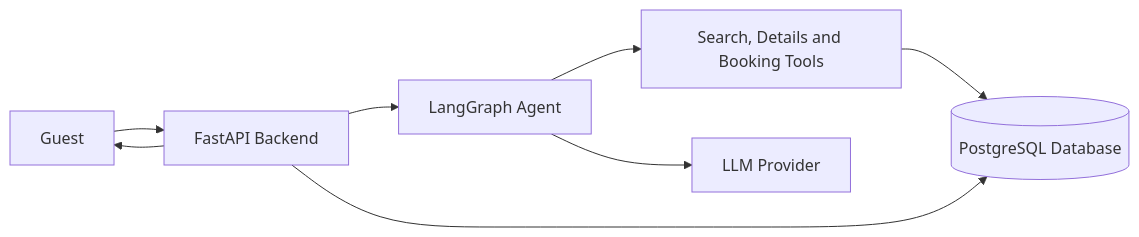
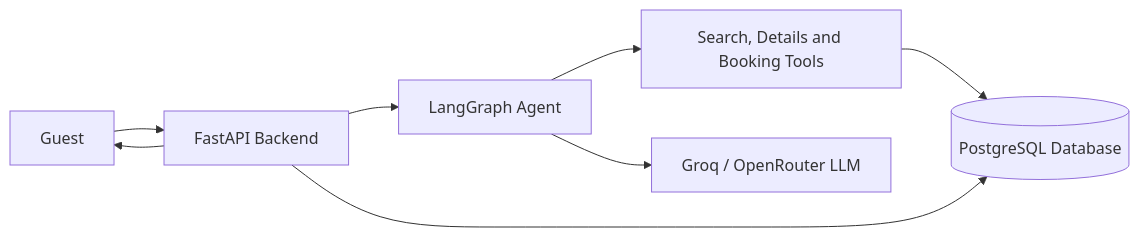
One commit to MH-SHUVO20/StayEase changed the diagram in README.md. Above: the diagram before and after it, drawn with Mermaid. The commit also changed other lines of this file, not shown here.

Commit message:
Align architecture diagram with assignment

````diff
--- a/README.md
+++ b/README.md
@@ -9,10 +9,10 @@
 ```mermaid
 flowchart LR
     Guest[Guest] --> Backend[FastAPI Backend]
     Backend --> Agent[LangGraph Agent]
     Agent --> Tools[Search, Details and Booking Tools]
     Tools --> DB[(PostgreSQL Database)]
-    Agent --> LLM[LLM Provider]
+    Agent --> LLM[Groq / OpenRouter LLM]
     Backend --> DB
     Backend --> Guest
 ```
````
